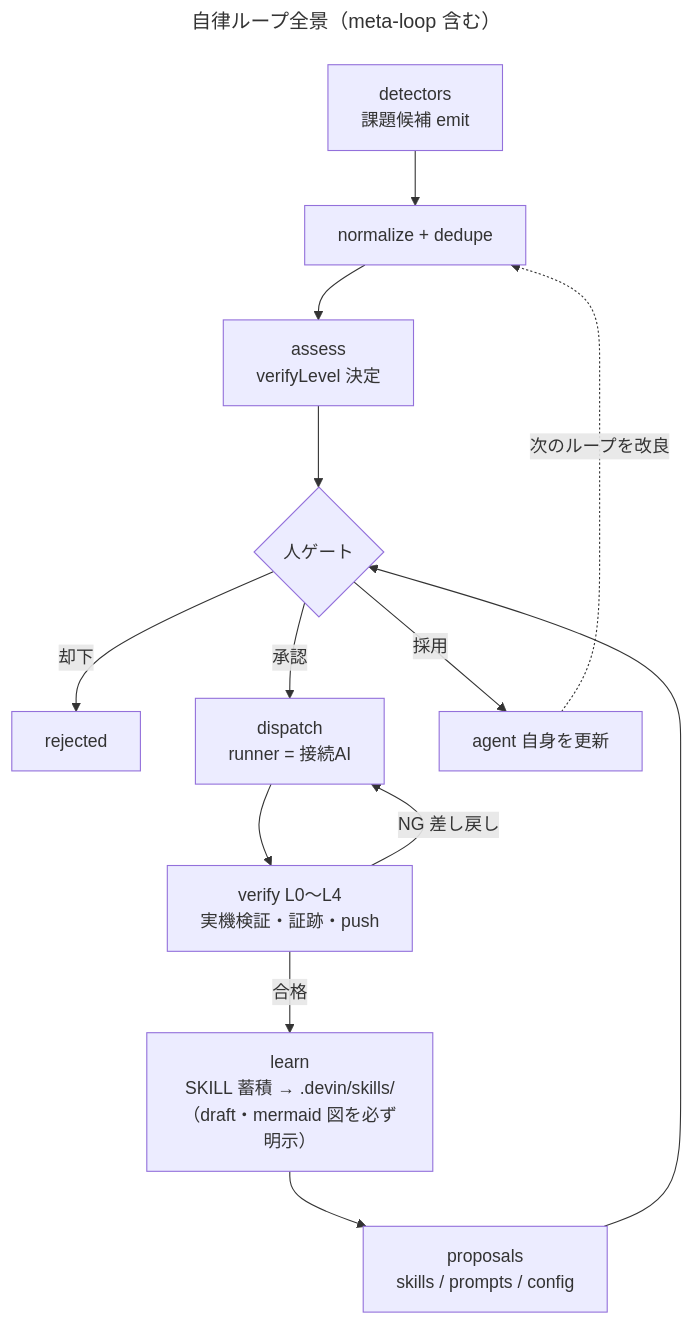
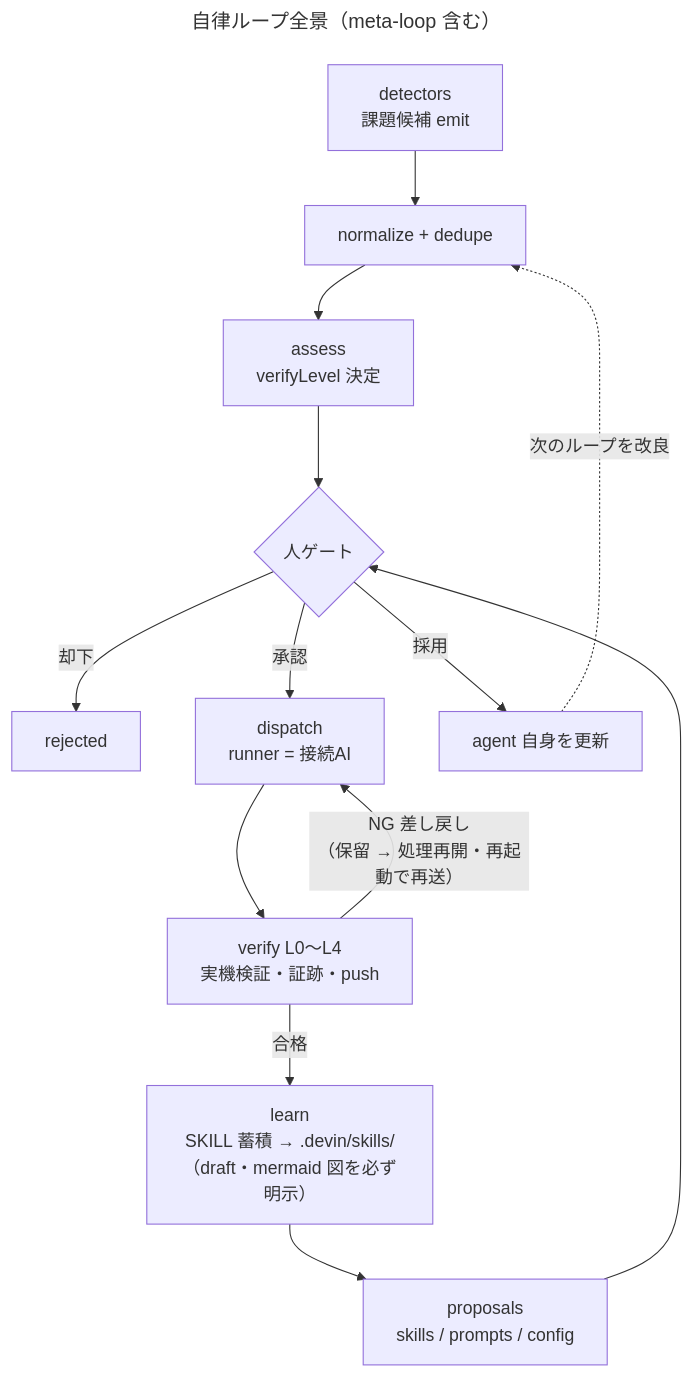
The diagram in diagrams/autonomy-loop.mmd (yamamoto-ryuzo/kasugai_agent), drawn with Mermaid before and after one commit. The commit also changed 64 other files, not shown here.

```diff
--- a/diagrams/autonomy-loop.mmd
+++ b/diagrams/autonomy-loop.mmd
@@ -1,16 +1,16 @@
 ---
 title: 自律ループ全景（meta-loop 含む）
 ---
 flowchart TB
     D[detectors<br/>課題候補 emit] --> N[normalize + dedupe]
     N --> A[assess<br/>verifyLevel 決定]
     A --> G{人ゲート}
     G -->|却下| X[rejected]
     G -->|承認| R[dispatch<br/>runner = 接続AI]
     R --> V[verify L0〜L4<br/>実機検証・証跡・push]
-    V -->|NG 差し戻し| R
+    V -->|NG 差し戻し<br/>（保留 → 処理再開・再起動で再送）| R
     V -->|合格| K[learn<br/>SKILL 蓄積 → .devin/skills/<br/>（draft・mermaid 図を必ず明示）]
     K --> P[proposals<br/>skills / prompts / config]
     P --> G
     G -->|採用| SELF[agent 自身を更新]
     SELF -.->|次のループを改良| N
```
